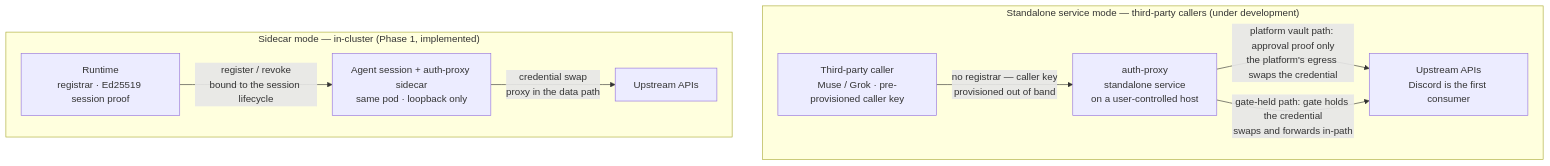
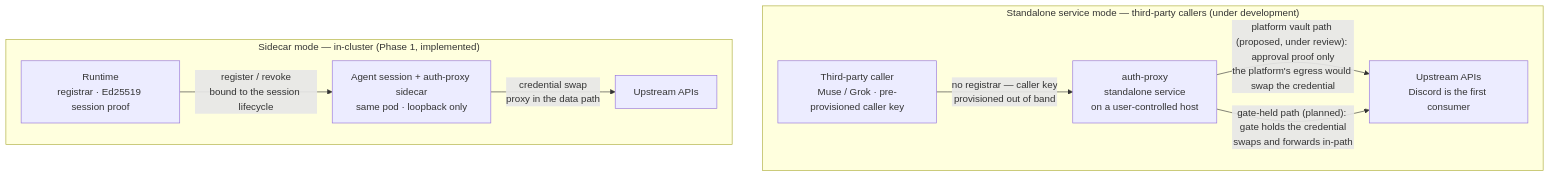
One commit to openabdev/auth-proxy changed the second of 3 diagrams in README.md. Above: the diagram before and after it, drawn with Mermaid. The commit also changed other lines of this file, not shown here.

First line of the commit message:
docs: mark unbuilt features as planned in Deployment models

````diff
--- a/README.md
+++ b/README.md
@@ -53,21 +54,21 @@
 ```mermaid
 flowchart LR
     subgraph SIDE["Sidecar mode — in-cluster (Phase 1, implemented)"]
         RT["Runtime<br/>registrar · Ed25519 session proof"]
         POD["Agent session + auth-proxy sidecar<br/>same pod · loopback only"]
         UP1["Upstream APIs"]
         RT -->|"register / revoke<br/>bound to the session lifecycle"| POD
         POD -->|"credential swap<br/>proxy in the data path"| UP1
     end
 
     UP1 ~~~ TP
 
     subgraph STAND["Standalone service mode — third-party callers (under development)"]
         TP["Third-party caller<br/>Muse / Grok · pre-provisioned caller key"]
         GATE["auth-proxy<br/>standalone service<br/>on a user-controlled host"]
         UP2["Upstream APIs<br/>Discord is the first consumer"]
         TP -->|"no registrar — caller key<br/>provisioned out of band"| GATE
-        GATE -->|"platform vault path: approval proof only<br/>the platform's egress swaps the credential"| UP2
-        GATE -->|"gate-held path: gate holds the credential<br/>swaps and forwards in-path"| UP2
+        GATE -->|"platform vault path (proposed, under review): approval proof only<br/>the platform's egress would swap the credential"| UP2
+        GATE -->|"gate-held path (planned): gate holds the credential<br/>swaps and forwards in-path"| UP2
     end
 ```
````
